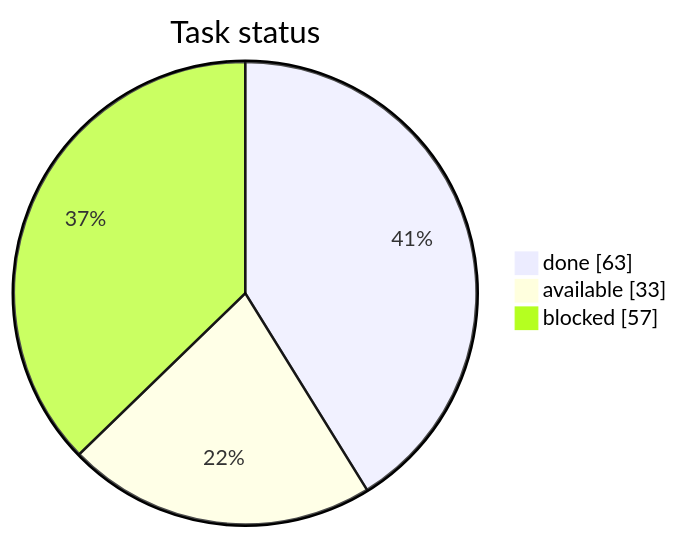
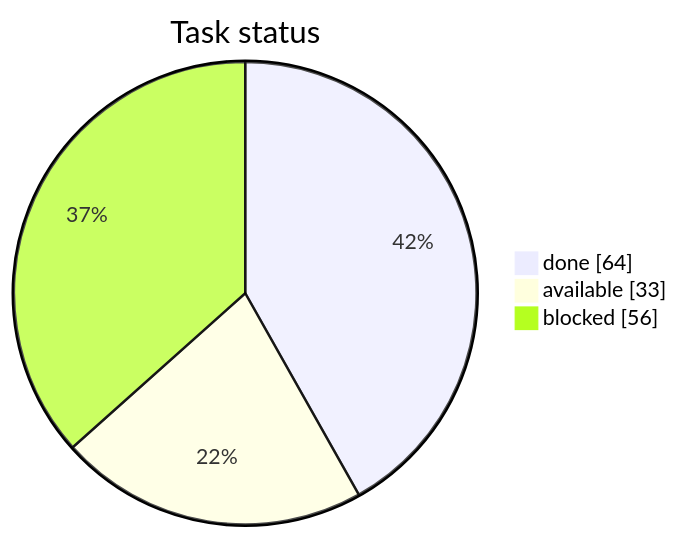
Before and after one commit to artemiiShabanov/RallyRivals: the first of 3 diagrams in STATUS.md, drawn with Mermaid. The commit also changed other lines of this file and 6 other files, not shown here.

````diff
--- a/STATUS.md
+++ b/STATUS.md
@@ -7,7 +7,7 @@
 ```mermaid
 pie showData
     title Task status
-    "done" : 63
+    "done" : 64
     "available" : 33
-    "blocked" : 57
+    "blocked" : 56
 ```
````
